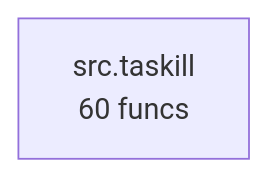
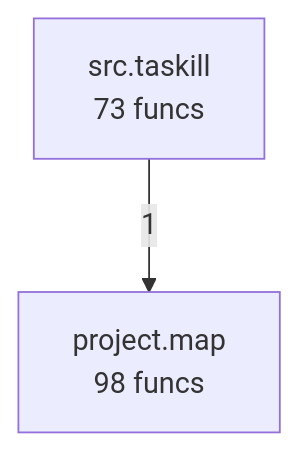
One commit to semcod/taskill changed the diagram in project/compact_flow.mmd. Above: the diagram before and after it, drawn with Mermaid. The commit also changed 37 other files, not shown here.

```diff
--- a/project/compact_flow.mmd
+++ b/project/compact_flow.mmd
@@ -1,2 +1,4 @@
 flowchart TD
-    src__taskill["src.taskill<br/>60 funcs"]
+    project__map["project.map<br/>98 funcs"]
+    src__taskill["src.taskill<br/>73 funcs"]
+    src__taskill -->|1| project__map
```
